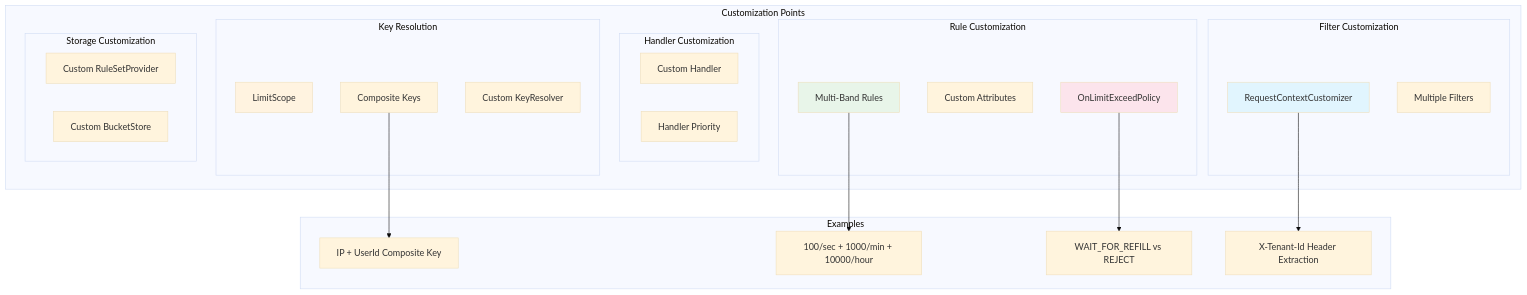
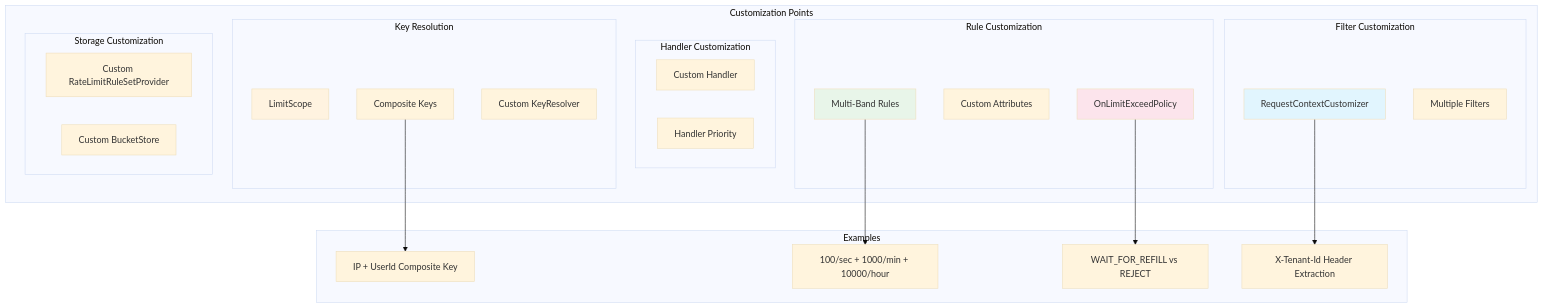
The third of 11 diagrams in docs/en/architecture/README.md (OpenFluxGate/fluxgate), drawn with Mermaid (base theme) before and after one commit. The commit also changed other lines of this file and 33 other files, not shown here.

Commit message:
docs: 0.4 README, CHANGELOG, migration guide and architecture docs (EN/KO)

````diff
--- a/docs/en/architecture/README.md
+++ b/docs/en/architecture/README.md
@@ -170,48 +187,48 @@
 ```mermaid
 flowchart TB
     subgraph Customization["Customization Points"]
         subgraph FilterCustom["Filter Customization"]
             RC[RequestContextCustomizer]
             MF[Multiple Filters]
         end
 
         subgraph HandlerCustom["Handler Customization"]
             CH[Custom Handler]
             HP[Handler Priority]
         end
 
         subgraph KeyCustom["Key Resolution"]
             LS[LimitScope]
             CK[Composite Keys]
             CKR[Custom KeyResolver]
         end
 
         subgraph RuleCustom["Rule Customization"]
             MB[Multi-Band Rules]
             ATTR[Custom Attributes]
             POL[OnLimitExceedPolicy]
         end
 
         subgraph StorageCustom["Storage Customization"]
-            CS[Custom RuleSetProvider]
+            CS[Custom RateLimitRuleSetProvider]
             CBS[Custom BucketStore]
         end
     end
 
     subgraph Examples["Examples"]
         E1["IP + UserId Composite Key"]
         E2["100/sec + 1000/min + 10000/hour"]
         E3["WAIT_FOR_REFILL vs REJECT"]
         E4["X-Tenant-Id Header Extraction"]
     end
 
     RC --> E4
     CK --> E1
     MB --> E2
     POL --> E3
 
     style RC fill:#e1f5fe
     style LS fill:#fff3e0
     style MB fill:#e8f5e9
     style POL fill:#fce4ec
 ```
````
